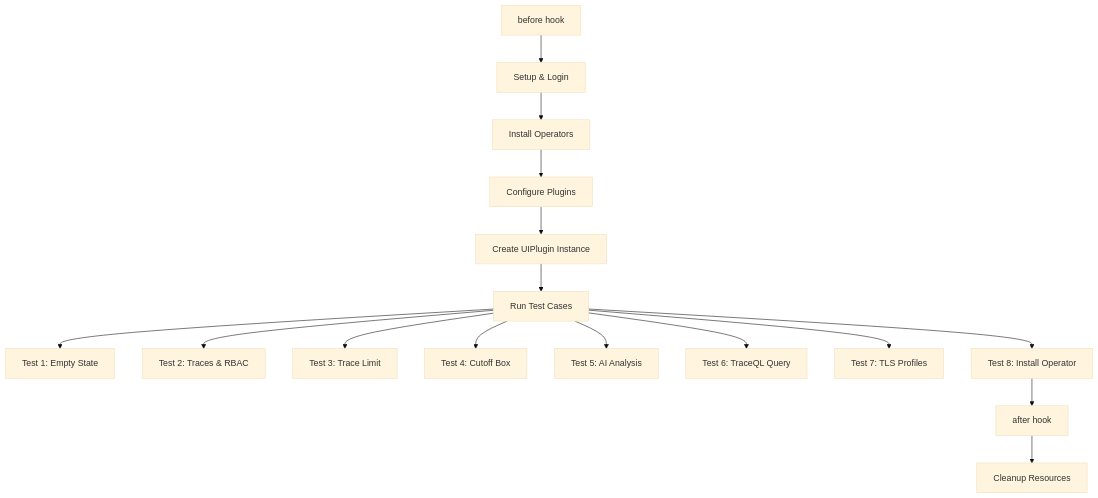
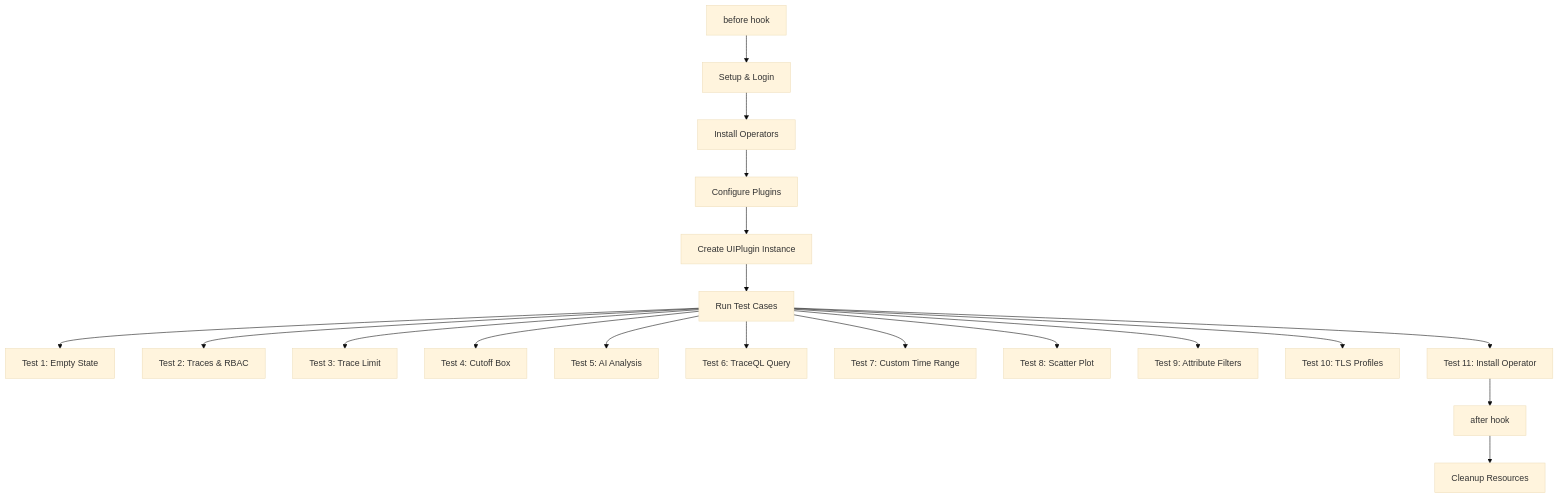
One commit to openshift/distributed-tracing-console-plugin changed the diagram in tests/TEST_COVERAGE_REPORT.md. Above: the diagram before and after it, drawn with Mermaid (base theme). The commit also changed other lines of this file and 9 other files, not shown here.

First line of the commit message:
Add test for Custom Time range, attributes filter  and scatter plot.

````diff
--- a/tests/TEST_COVERAGE_REPORT.md
+++ b/tests/TEST_COVERAGE_REPORT.md
@@ -259,18 +304,21 @@
 ```mermaid
 graph TD
     A[before hook] --> B[Setup & Login]
     B --> C[Install Operators]
     C --> D[Configure Plugins]
     D --> E[Create UIPlugin Instance]
     E --> F[Run Test Cases]
     F --> G[Test 1: Empty State]
     F --> H[Test 2: Traces & RBAC]
     F --> I[Test 3: Trace Limit]
     F --> J[Test 4: Cutoff Box]
     F --> K[Test 5: AI Analysis]
     F --> L[Test 6: TraceQL Query]
-    F --> O[Test 7: TLS Profiles]
-    F --> P[Test 8: Install Operator]
-    P --> M[after hook]
+    F --> O[Test 7: Custom Time Range]
+    F --> P[Test 8: Scatter Plot]
+    F --> Q[Test 9: Attribute Filters]
+    F --> S[Test 10: TLS Profiles]
+    F --> R[Test 11: Install Operator]
+    R --> M[after hook]
     M --> N[Cleanup Resources]
 ```
````
